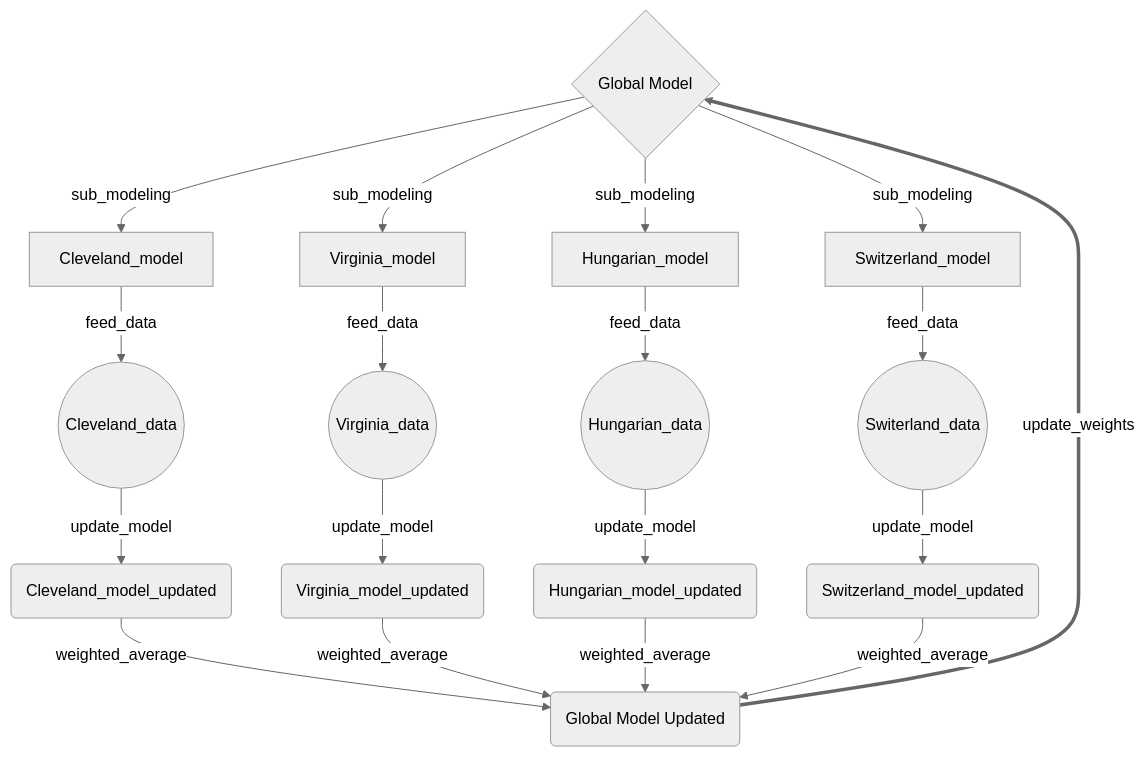
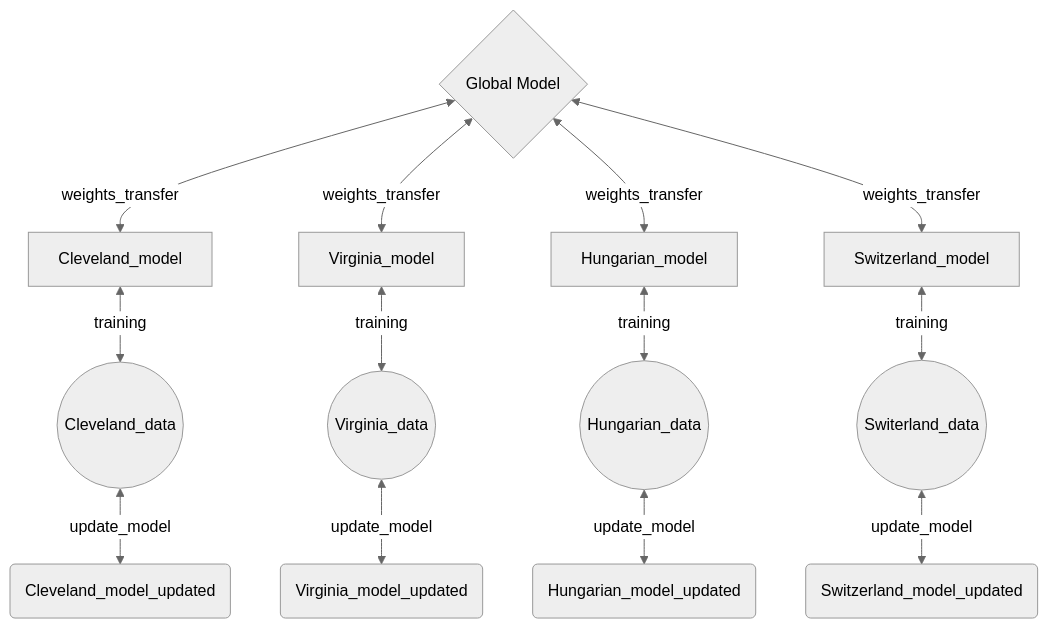
The diagram in README.md (matsudatakeshi27/HeartDiseasePakula), drawn with Mermaid (neutral theme) before and after one commit.

````diff
--- a/README.md
+++ b/README.md
@@ -57,24 +57,18 @@
 ```mermaid
 graph TB
-    A{Global Model} -- sub_modeling --> B[Cleveland_model]
-    A{Global Model} -- sub_modeling --> C[Virginia_model]
-    A{Global Model} -- sub_modeling --> D[Hungarian_model]
-    A{Global Model} -- sub_modeling --> E[Switzerland_model]
+    A{Global Model} <-- weights_transfer --> B[Cleveland_model]
+    A{Global Model} <-- weights_transfer --> C[Virginia_model]
+    A{Global Model} <-- weights_transfer --> D[Hungarian_model]
+    A{Global Model} <-- weights_transfer --> E[Switzerland_model]
 
-    B -- feed_data --> F((Cleveland_data))
-    C -- feed_data --> G((Virginia_data))
-    D -- feed_data --> H((Hungarian_data))
-    E -- feed_data --> I((Switerland_data))
+    B <-- training --> F((Cleveland_data))
+    C <-- training --> G((Virginia_data))
+    D <-- training --> H((Hungarian_data))
+    E <-- training --> I((Switerland_data))
 
-    F -- update_model --> J(Cleveland_model_updated)
-    G -- update_model --> K(Virginia_model_updated)
-    H -- update_model --> L(Hungarian_model_updated)
-    I -- update_model --> M(Switzerland_model_updated)
+    F <-- update_model --> J(Cleveland_model_updated)
+    G <-- update_model --> K(Virginia_model_updated)
+    H <-- update_model --> L(Hungarian_model_updated)
+    I <-- update_model --> M(Switzerland_model_updated)
 
-    J -- weighted_average --> N(Global Model Updated)
-    K -- weighted_average --> N(Global Model Updated)
-    L -- weighted_average --> N(Global Model Updated)
-    M -- weighted_average --> N(Global Model Updated)
-
-    N == update_weights ==> A
 ```
````
